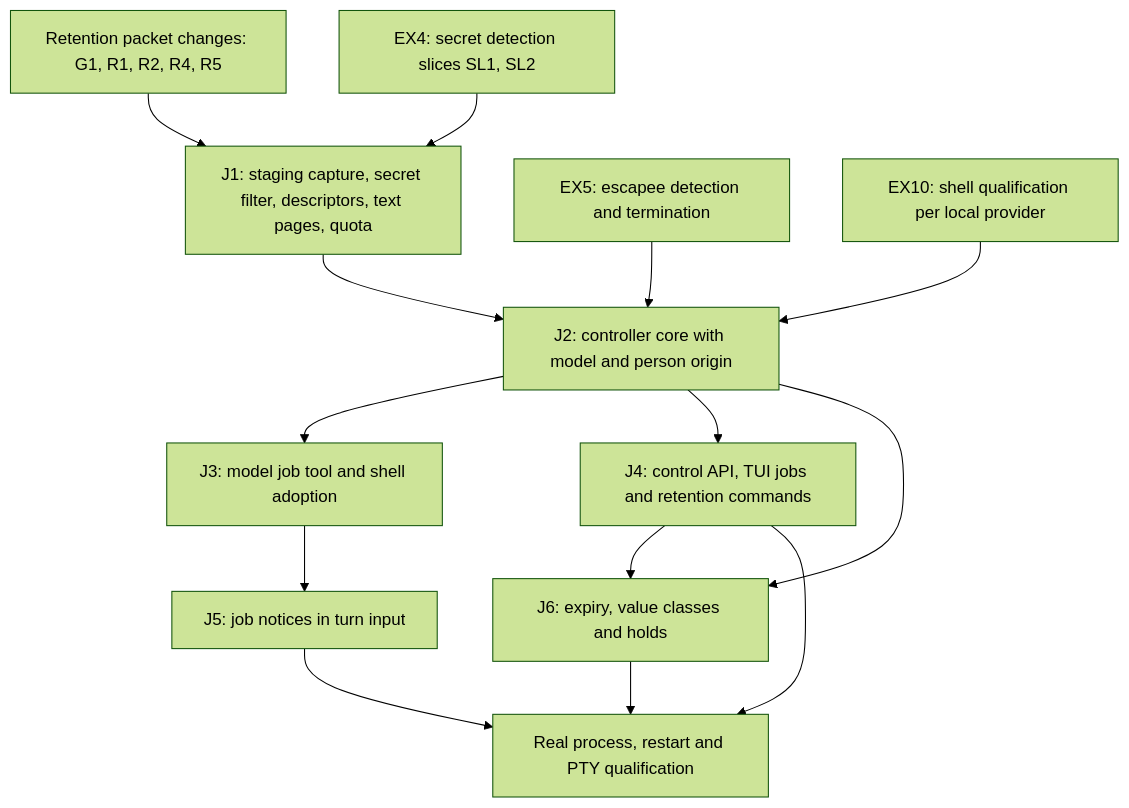
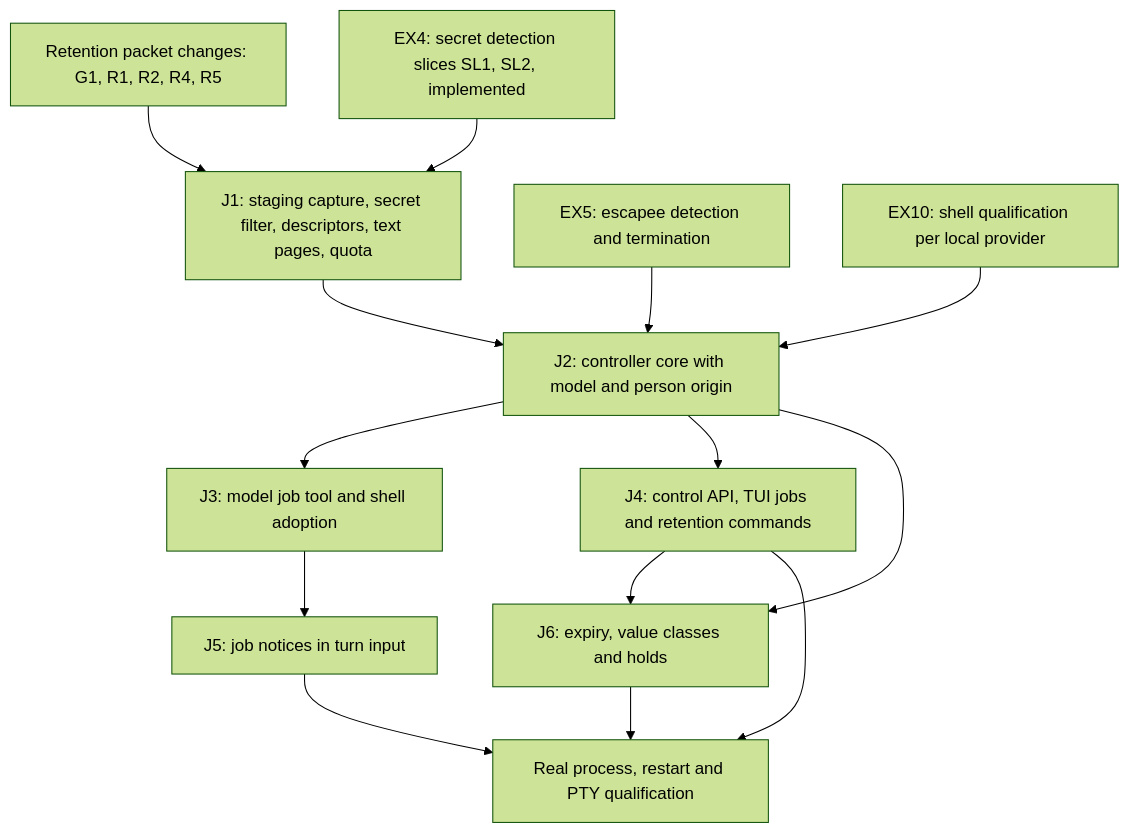
Before and after one commit to pidster/asura: the sixth of 8 diagrams in docs/designs/tool-job-controller.md, drawn with Mermaid (forest theme). The commit also changed other lines of this file and 7 other files, not shown here.

````diff
--- a/docs/designs/tool-job-controller.md
+++ b/docs/designs/tool-job-controller.md
@@ -912,16 +927,16 @@
 ```mermaid
 flowchart TD
     RP[Retention packet changes: G1, R1, R2, R4, R5] --> J1[J1: staging capture, secret filter, descriptors, text pages, quota]
-    SD[EX4: secret detection slices SL1, SL2] --> J1
+    SD[EX4: secret detection slices SL1, SL2, implemented] --> J1
     ESC[EX5: escapee detection and termination] --> J2[J2: controller core with model and person origin]
     QUAL[EX10: shell qualification per local provider] --> J2
     J1 --> J2
     J2 --> J3[J3: model job tool and shell adoption]
     J2 --> J4[J4: control API, TUI jobs and retention commands]
     J2 --> J6[J6: expiry, value classes and holds]
     J3 --> J5[J5: job notices in turn input]
     J4 --> J6
     J4 --> Q[Real process, restart and PTY qualification]
     J5 --> Q
     J6 --> Q
 ```
````
